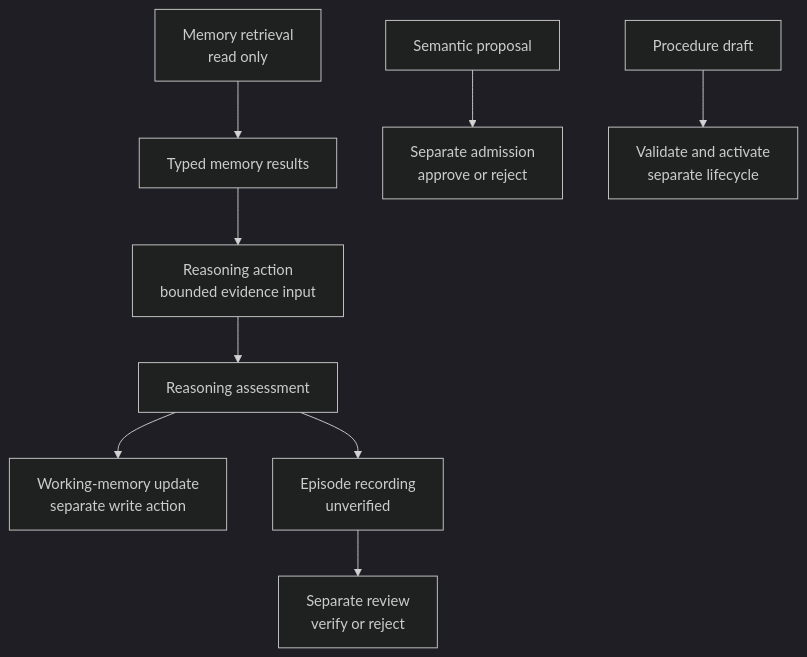
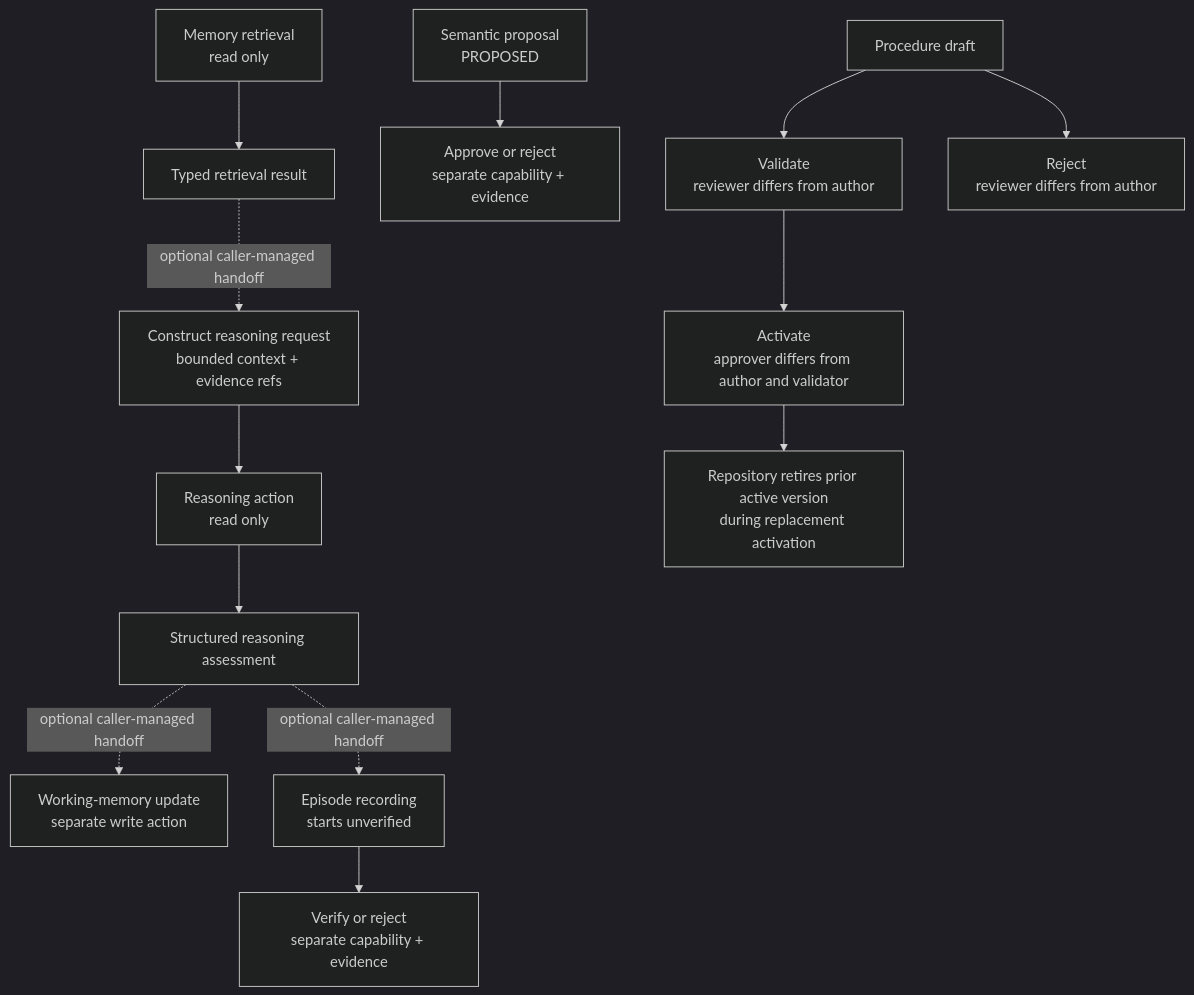
One commit to hmar000001-boop/coala-fan-lan-langgraph changed the diagram in Tex/diagrams/source/part3/chapter20/internal-actions-memory-write.mmd. Above: the diagram before and after it, drawn with Mermaid (dark theme). The commit also changed 8 other files, not shown here.

```diff
--- a/Tex/diagrams/source/part3/chapter20/internal-actions-memory-write.mmd
+++ b/Tex/diagrams/source/part3/chapter20/internal-actions-memory-write.mmd
@@ -1,12 +1,16 @@
 flowchart TB
-accTitle: Internal retrieval, reasoning, and separately governed writes
-accDescr: A read-only retrieval action supplies typed memory results to a bounded reasoning action. Reasoning returns a structured assessment. Working-memory updates and episode recording are separate memory writes. Review and admission operations are separately authorized lifecycle transitions.
+accTitle: Separate internal actions and caller-managed memory handoffs
+accDescr: Memory retrieval and reasoning are separate read-only actions. A caller may use typed retrieval results to construct a bounded reasoning request; the dashed handoff is optional and not an automatic pipeline. A caller may separately request a working-memory update or episode recording from an assessment. Episode verification and semantic review use separate capabilities and evidence but do not enforce a distinct original author and reviewer identity. Procedural validation, activation, and rejection enforce author separation; activation also separates the approver from the validator, and replacement activation retires the predecessor inside the repository operation.
 
-    RET[Memory retrieval<br/>read only] --> RESULTS[Typed memory results]
-    RESULTS --> REASON[Reasoning action<br/>bounded evidence input]
-    REASON --> ASSESS[Reasoning assessment]
-    ASSESS --> WM[Working-memory update<br/>separate write action]
-    ASSESS --> EP[Episode recording<br/>unverified]
-    EP --> REVIEW[Separate review<br/>verify or reject]
-    FACT[Semantic proposal] --> APPROVE[Separate admission<br/>approve or reject]
-    PROC[Procedure draft] --> VALIDATE[Validate and activate<br/>separate lifecycle]
+    RET[Memory retrieval<br/>read only] --> RESULTS[Typed retrieval result]
+    RESULTS -. optional caller-managed handoff .-> REQ[Construct reasoning request<br/>bounded context + evidence refs]
+    REQ --> REASON[Reasoning action<br/>read only]
+    REASON --> ASSESS[Structured reasoning assessment]
+    ASSESS -. optional caller-managed handoff .-> WM[Working-memory update<br/>separate write action]
+    ASSESS -. optional caller-managed handoff .-> EP[Episode recording<br/>starts unverified]
+    EP --> EREVIEW[Verify or reject<br/>separate capability + evidence]
+    FACT[Semantic proposal<br/>PROPOSED] --> SREVIEW[Approve or reject<br/>separate capability + evidence]
+    PROC[Procedure draft] --> VALIDATE[Validate<br/>reviewer differs from author]
+    VALIDATE --> ACTIVATE[Activate<br/>approver differs from author and validator]
+    PROC --> PREJECT[Reject<br/>reviewer differs from author]
+    ACTIVATE --> RETIRE[Repository retires prior active version<br/>during replacement activation]
```
